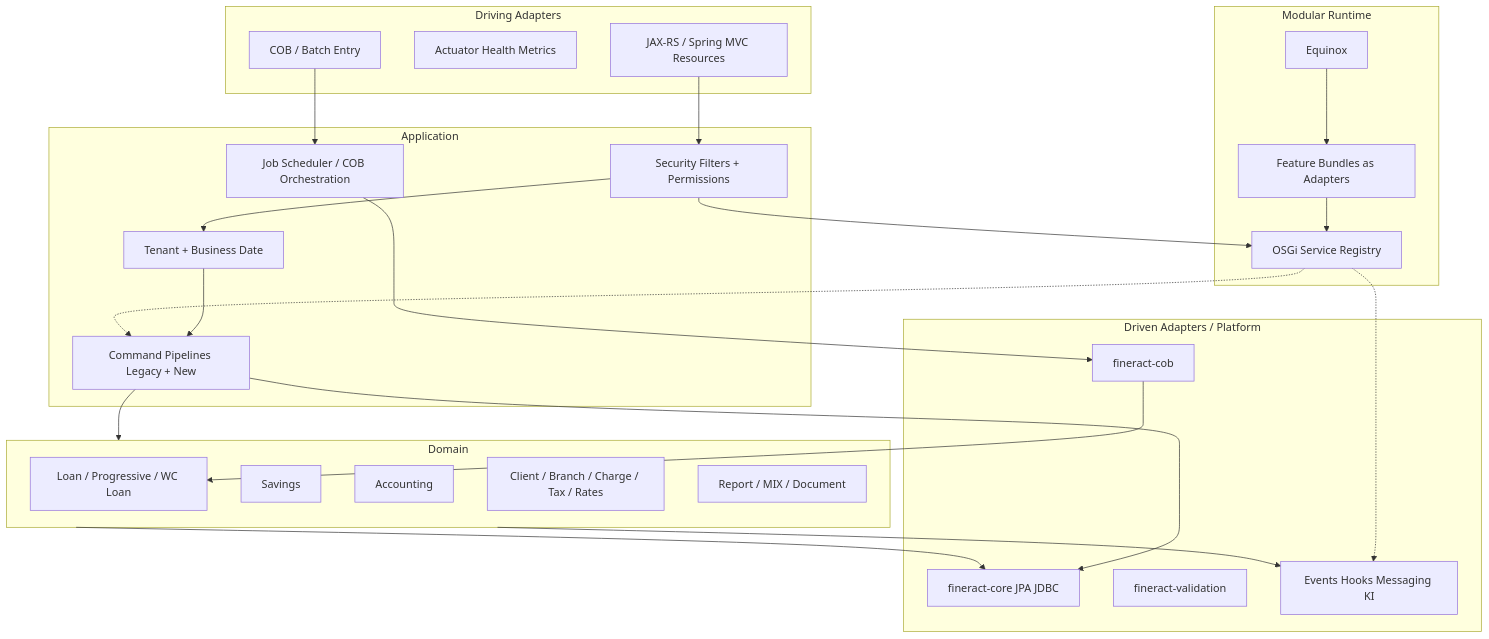
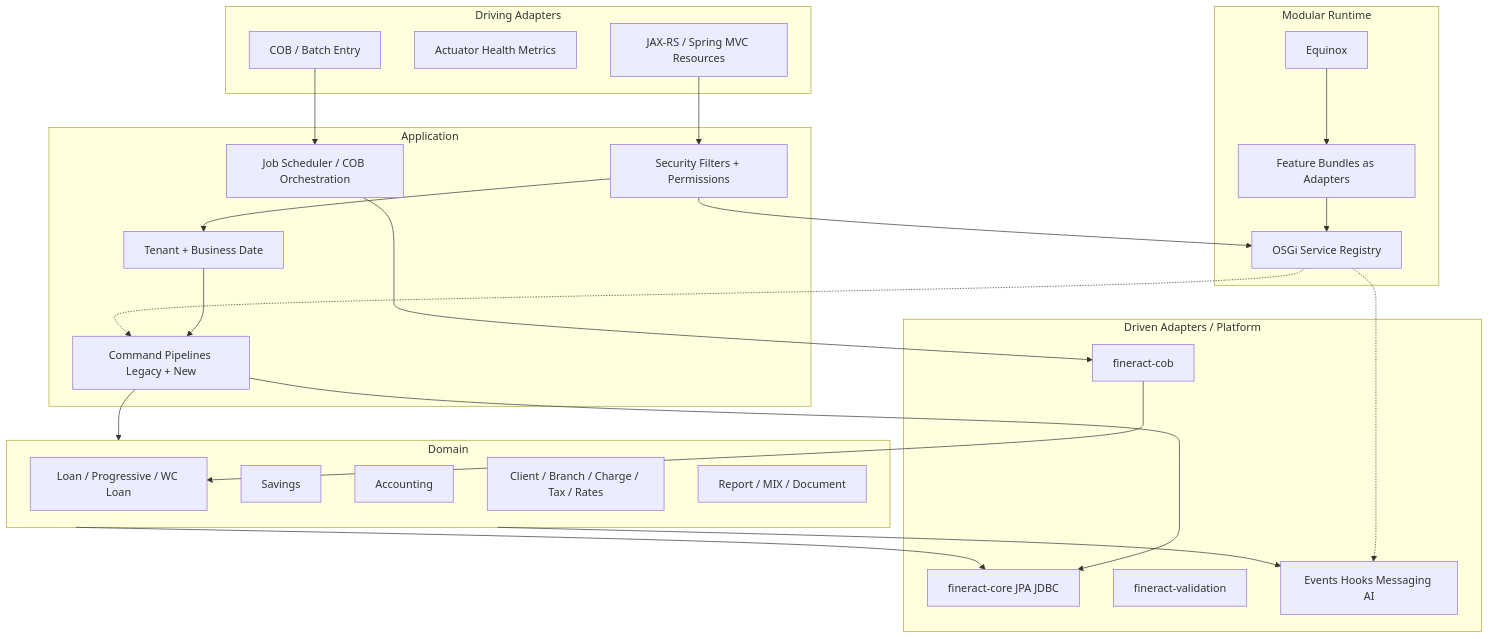
One commit to RainerMaxWallscheid/fineract-osgi changed the second of 7 diagrams in docs/arc42/03_building_block_view.md. Above: the diagram before and after it, drawn with Mermaid. The commit also changed other lines of this file and 38 other files, not shown here.

````diff
--- a/docs/arc42/03_building_block_view.md
+++ b/docs/arc42/03_building_block_view.md
@@ -66,49 +66,49 @@
 ```mermaid
 flowchart TB
     subgraph Driving["Driving Adapters"]
       REST[JAX-RS / Spring MVC Resources]
       ACT[Actuator Health Metrics]
       JOBDRV[COB / Batch Entry]
     end
 
     subgraph Application
       SEC[Security Filters + Permissions]
       TEN[Tenant + Business Date]
       CMD[Command Pipelines Legacy + New]
       JOB[Job Scheduler / COB Orchestration]
     end
 
     subgraph Domain
       LOAN[Loan / Progressive / WC Loan]
       SAV[Savings]
       ACC[Accounting]
       CLI[Client / Branch / Charge / Tax / Rates]
       REP[Report / MIX / Document]
     end
 
     subgraph Driven["Driven Adapters / Platform"]
       CORE[fineract-core JPA JDBC]
       VAL[fineract-validation]
       COB[fineract-cob]
-      INT[Events Hooks Messaging KI]
+      INT[Events Hooks Messaging AI]
     end
 
     subgraph Modular Runtime
       EQ[Equinox]
       BND[Feature Bundles as Adapters]
       REG[OSGi Service Registry]
     end
 
     REST --> SEC --> TEN --> CMD
     JOBDRV --> JOB
     CMD --> Domain
     JOB --> COB --> LOAN
     Domain --> CORE
     Domain --> INT
     CMD --> CORE
     BND --> REG
     REG -.-> INT
     REG -.-> CMD
     SEC --> REG
     EQ --> BND
 ```
````
